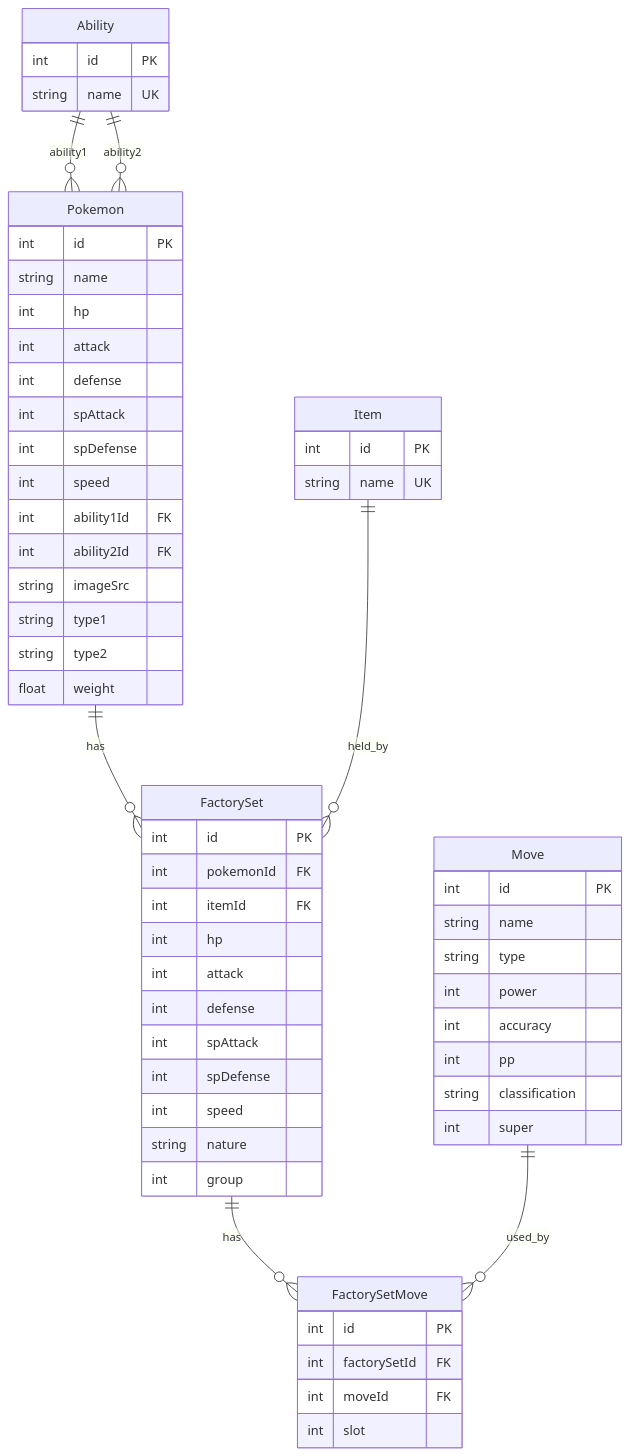
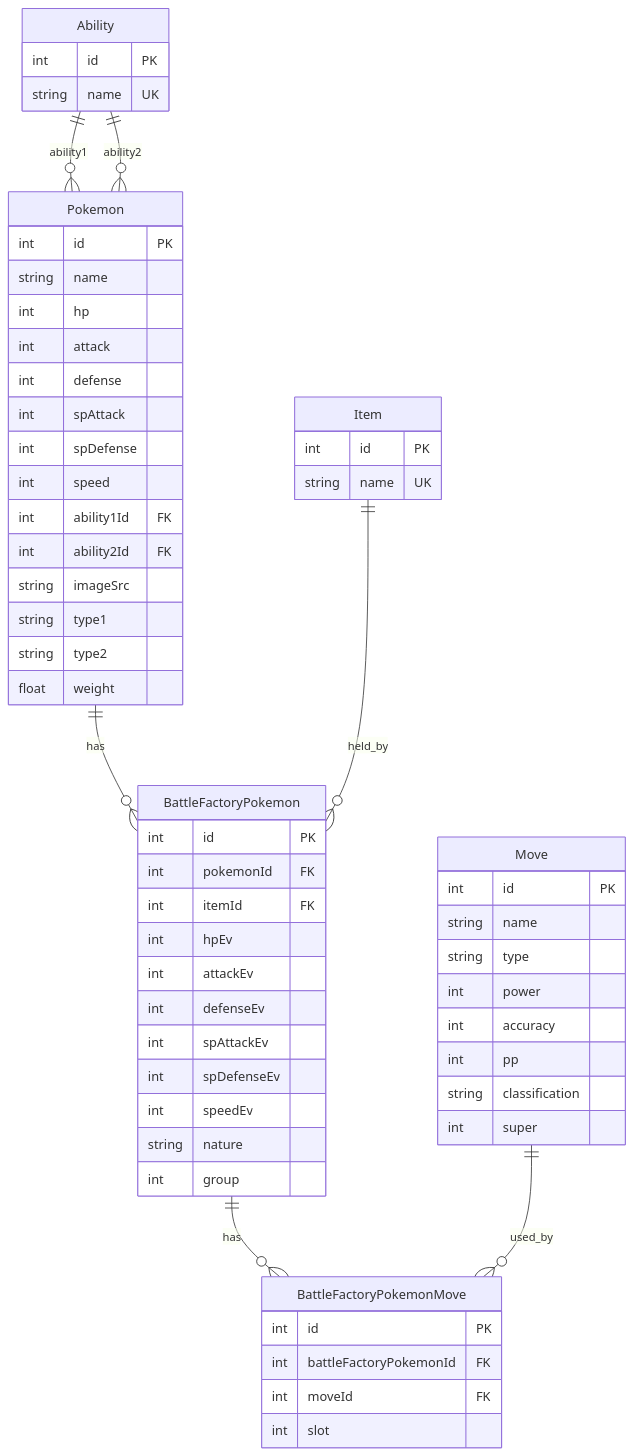
Before and after one commit to tsukuneA1/nejiki_calculator: the diagram in docs/er-diagram.md, drawn with Mermaid. The commit also changed other lines of this file, not shown here.

Commit message:
docs: rename FactorySet to BattleFactoryPokemon in ER diagram
`FactorySet` および `FactorySetMove` を、より意図が明確な
`BattleFactoryPokemon` / `BattleFactoryPokemonMove` に改名。

````diff
--- a/docs/er-diagram.md
+++ b/docs/er-diagram.md
@@ -5,68 +5,68 @@
 ```mermaid
 erDiagram
     Ability ||--o{ Pokemon : ability1
     Ability ||--o{ Pokemon : ability2
-    Pokemon ||--o{ FactorySet : has
-    Item ||--o{ FactorySet : held_by
-    FactorySet ||--o{ FactorySetMove : has
-    Move ||--o{ FactorySetMove : used_by
+    Pokemon ||--o{ BattleFactoryPokemon : has
+    Item ||--o{ BattleFactoryPokemon : held_by
+    BattleFactoryPokemon ||--o{ BattleFactoryPokemonMove : has
+    Move ||--o{ BattleFactoryPokemonMove : used_by
 
     Ability {
         int id PK
         string name UK
     }
 
     Item {
         int id PK
         string name UK
     }
 
     Pokemon {
         int id PK
         string name
         int hp
         int attack
         int defense
         int spAttack
         int spDefense
         int speed
         int ability1Id FK
         int ability2Id FK
         string imageSrc
         string type1
         string type2
         float weight
     }
 
     Move {
         int id PK
         string name
         string type
         int power
         int accuracy
         int pp
         string classification
         int super
     }
 
-    FactorySet {
+    BattleFactoryPokemon {
         int id PK
         int pokemonId FK
         int itemId FK
-        int hp
-        int attack
-        int defense
-        int spAttack
-        int spDefense
-        int speed
+        int hpEv
+        int attackEv
+        int defenseEv
+        int spAttackEv
+        int spDefenseEv
+        int speedEv
         string nature
         int group
     }
 
-    FactorySetMove {
+    BattleFactoryPokemonMove {
         int id PK
-        int factorySetId FK
+        int battleFactoryPokemonId FK
         int moveId FK
         int slot
     }
 ```
````
